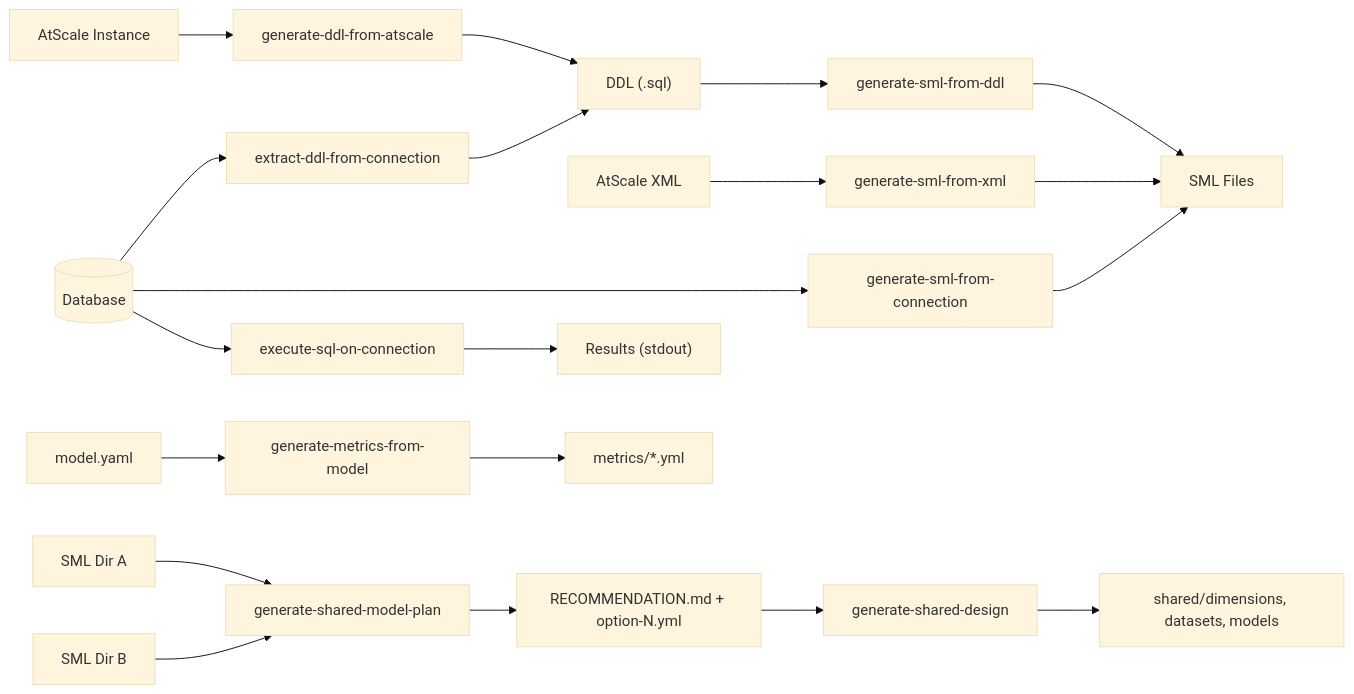
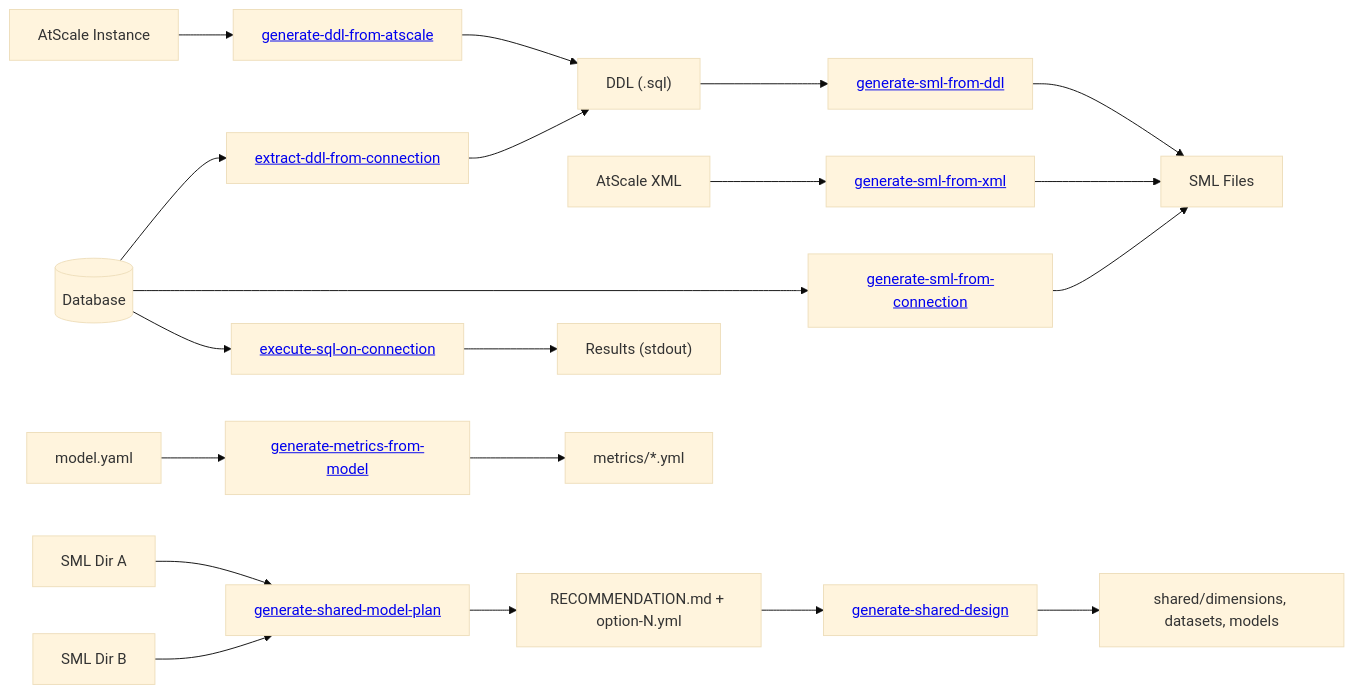
Before and after one commit to AtScaleInc/ps-utils: the second of 6 diagrams in README.md, drawn with Mermaid (base theme). The commit also changed other lines of this file and 34 other files, not shown here.

````diff
--- a/README.md
+++ b/README.md
@@ -35,22 +28,14 @@
 ```mermaid
+%%{init: {"flowchart": {"htmlLabels": true}} }%%
 flowchart LR
-    DB[("Database")] --> A["extract-ddl-from-connection"] --> DDL["DDL (.sql)"]
-    ATS["AtScale Instance"] --> B["generate-ddl-from-atscale"] --> DDL
-    DDL --> C["generate-sml-from-ddl"] --> SML["SML Files"]
-    DB --> D["generate-sml-from-connection"] --> SML
-    XML["AtScale XML"] --> G["generate-sml-from-xml"] --> SML
-    SML2A["SML Dir A"] --> H["generate-shared-model-plan"] --> PLAN["RECOMMENDATION.md + option-N.yml"]
+    DB[("Database")] --> A["<a href='#extract-ddl-from-connection'>extract-ddl-from-connection</a>"] --> DDL["DDL (.sql)"]
+    ATS["AtScale Instance"] --> B["<a href='#generate-ddl-from-atscale'>generate-ddl-from-atscale</a>"] --> DDL
+    DDL --> C["<a href='#generate-sml-from-ddl'>generate-sml-from-ddl</a>"] --> SML["SML Files"]
+    DB --> D["<a href='#generate-sml-from-connection'>generate-sml-from-connection</a>"] --> SML
+    XML["AtScale XML"] --> G["<a href='#generate-sml-from-xml'>generate-sml-from-xml</a>"] --> SML
+    SML2A["SML Dir A"] --> H["<a href='#generate-shared-model-plan'>generate-shared-model-plan</a>"] --> PLAN["RECOMMENDATION.md + option-N.yml"]
     SML2B["SML Dir B"] --> H
-    PLAN --> I["generate-shared-design"] --> SHARED["shared/dimensions, datasets, models"]
-    DB --> E["execute-sql-on-connection"] --> OUT["Results (stdout)"]
-    MODEL["model.yaml"] --> F["generate-metrics-from-model"] --> METRICS["metrics/*.yml"]
-    click A href "#extract-ddl-from-connection"
-    click B href "#generate-ddl-from-atscale"
-    click C href "#generate-sml-from-ddl"
-    click D href "#generate-sml-from-connection"
-    click E href "#execute-sql-on-connection"
-    click F href "#generate-metrics-from-model"
-    click G href "#generate-sml-from-xml"
-    click H href "#generate-shared-model-plan"
-    click I href "#generate-shared-design"
+    PLAN --> I["<a href='#generate-shared-design'>generate-shared-design</a>"] --> SHARED["shared/dimensions, datasets, models"]
+    DB --> E["<a href='#execute-sql-on-connection'>execute-sql-on-connection</a>"] --> OUT["Results (stdout)"]
+    MODEL["model.yaml"] --> F["<a href='#generate-metrics-from-model'>generate-metrics-from-model</a>"] --> METRICS["metrics/*.yml"]
 ```
````
